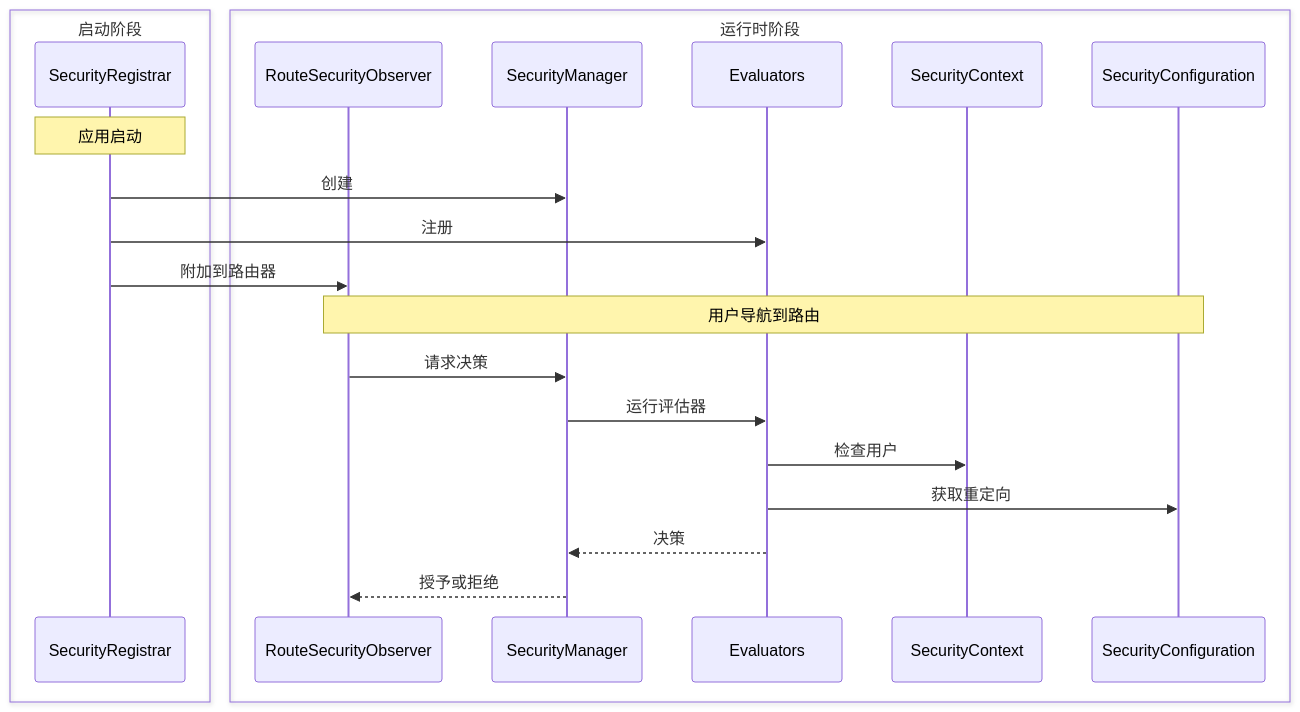
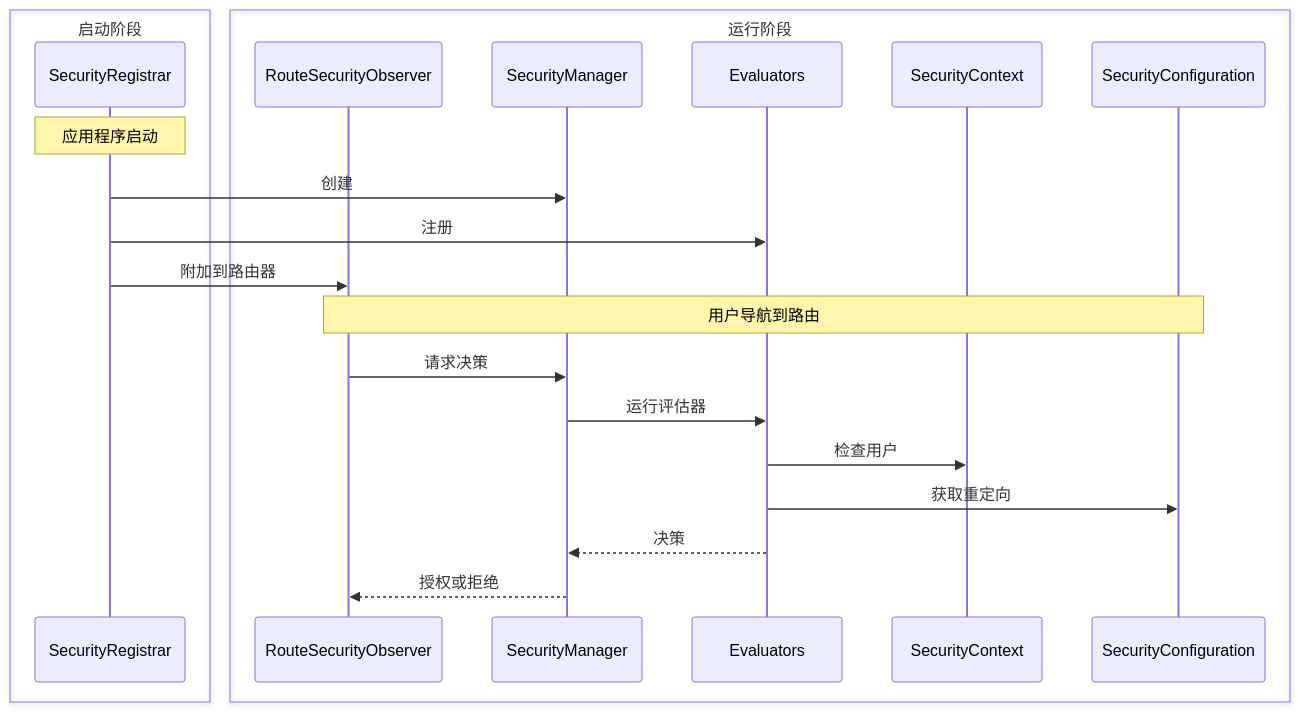
One commit to webforj/webforj-documentation changed the diagram in docs/i18n/zh/docusaurus-plugin-content-docs/current/security/architecture/custom-implementation.md. Above: the diagram before and after it, drawn with Mermaid. The commit also changed other lines of this file and 589 other files, not shown here.

````diff
--- a/docs/i18n/zh/docusaurus-plugin-content-docs/current/security/architecture/custom-implementation.md
+++ b/docs/i18n/zh/docusaurus-plugin-content-docs/current/security/architecture/custom-implementation.md
@@ -28,26 +28,26 @@
 ```mermaid
 sequenceDiagram
   box 启动阶段
   participant Registrar as SecurityRegistrar
   end
-  box 运行时阶段
+  box 运行阶段
   participant Observer as RouteSecurityObserver
   participant Manager as SecurityManager
   participant Evaluators
   participant Context as SecurityContext
   participant Config as SecurityConfiguration
   end
 
-  Note over Registrar: 应用启动
+  Note over Registrar: 应用程序启动
   Registrar->>Manager: 创建
   Registrar->>Evaluators: 注册
   Registrar->>Observer: 附加到路由器
 
   Note over Observer,Config: 用户导航到路由
   Observer->>Manager: 请求决策
   Manager->>Evaluators: 运行评估器
   Evaluators->>Context: 检查用户
   Evaluators->>Config: 获取重定向
   Evaluators-->>Manager: 决策
-  Manager-->>Observer: 授予或拒绝
+  Manager-->>Observer: 授权或拒绝
 ```
````
